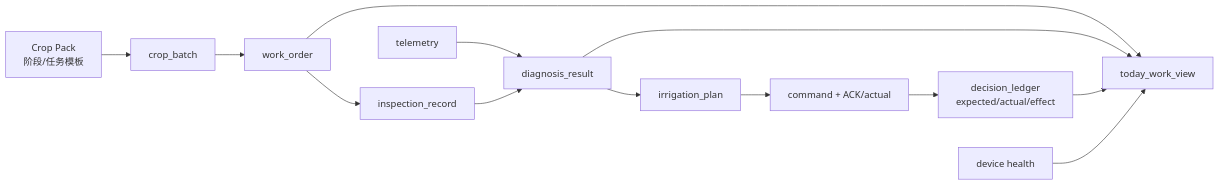
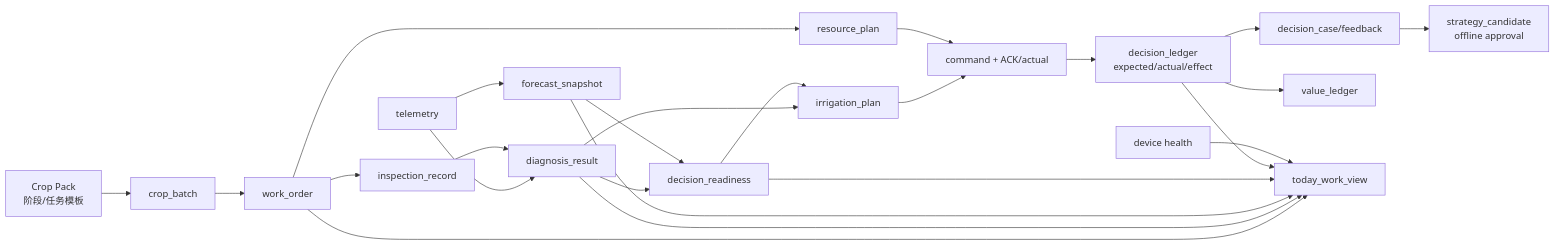
The third of 5 diagrams in 03_智慧农业_技术架构.md (FlowerNeverFade/smart-agriculture), drawn with Mermaid before and after one commit. The commit also changed other lines of this file and 6 other files, not shown here.

````diff
--- a/03_智慧农业_技术架构.md
+++ b/03_智慧农业_技术架构.md
@@ -245,15 +276,26 @@
 ```mermaid
 flowchart LR
     CP[Crop Pack\n阶段/任务模板] --> CB[crop_batch]
     CB --> WO[work_order]
     WO --> IR[inspection_record]
     TM[telemetry] --> DR[diagnosis_result]
     IR --> DR
+    TM --> FS[forecast_snapshot]
+    DR --> RD[decision_readiness]
+    FS --> RD
     DR --> IP[irrigation_plan]
+    RD --> IP
     IP --> CMD[command + ACK/actual]
     CMD --> DL[decision_ledger\nexpected/actual/effect]
+    DL --> CASE[decision_case/feedback]
+    CASE --> SC[strategy_candidate\noffline approval]
+    WO --> RP[resource_plan]
+    RP --> CMD
+    DL --> VL[value_ledger]
     WO --> TW[today_work_view]
     DR --> TW
+    FS --> TW
+    RD --> TW
     DL --> TW
     DEV[device health] --> TW
 ```
````
